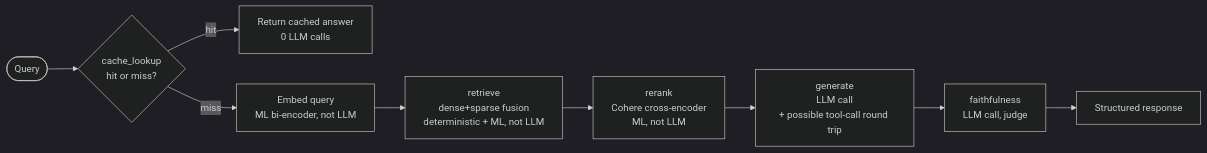
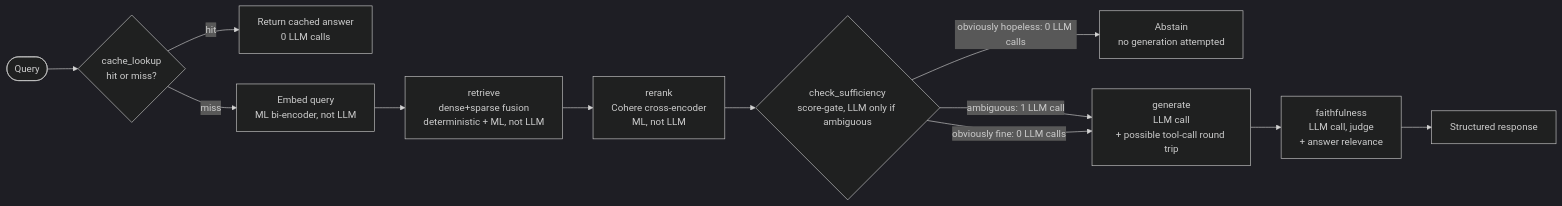
Before and after one commit to rishav91/Grounded-RAG-over-Wikipedia-articles-dataset: the first of 2 diagrams in docs/AI-ARCHITECTURE.md, drawn with Mermaid (dark theme). The commit also changed other lines of this file and 5 other files, not shown here.

````diff
--- a/docs/AI-ARCHITECTURE.md
+++ b/docs/AI-ARCHITECTURE.md
@@ -40,11 +50,14 @@
 ```mermaid
 flowchart LR
     Q([Query]) --> CL{"cache_lookup\nhit or miss?"}
     CL -->|hit| R0["Return cached answer\n0 LLM calls"]
     CL -->|miss| EMB["Embed query\nML bi-encoder, not LLM"]
     EMB --> RET["retrieve\ndense+sparse fusion\ndeterministic + ML, not LLM"]
     RET --> RR["rerank\nCohere cross-encoder\nML, not LLM"]
-    RR --> GEN["generate\nLLM call\n+ possible tool-call round trip"]
-    GEN --> FAITH["faithfulness\nLLM call, judge"]
+    RR --> SUFF{"check_sufficiency\nscore-gate, LLM only if ambiguous"}
+    SUFF -->|obviously hopeless: 0 LLM calls| R1["Abstain\nno generation attempted"]
+    SUFF -->|ambiguous: 1 LLM call| GEN["generate\nLLM call\n+ possible tool-call round trip"]
+    SUFF -->|obviously fine: 0 LLM calls| GEN
+    GEN --> FAITH["faithfulness\nLLM call, judge\n+ answer relevance"]
     FAITH --> RESP["Structured response"]
 ```
````
